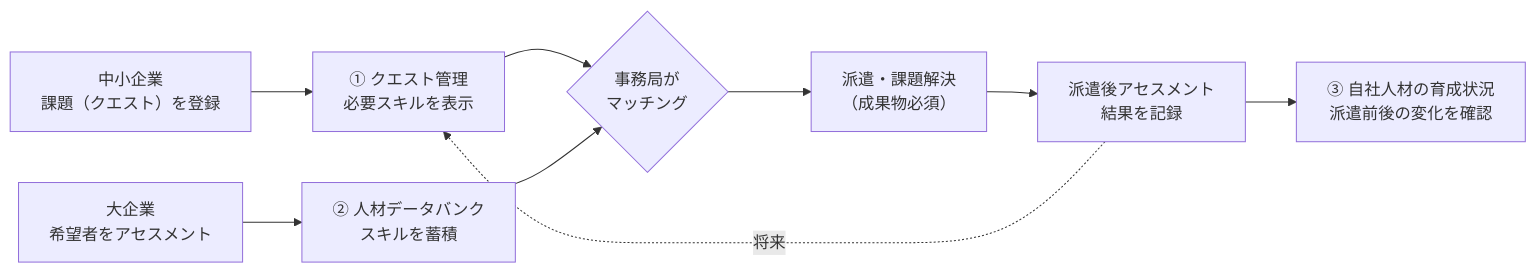
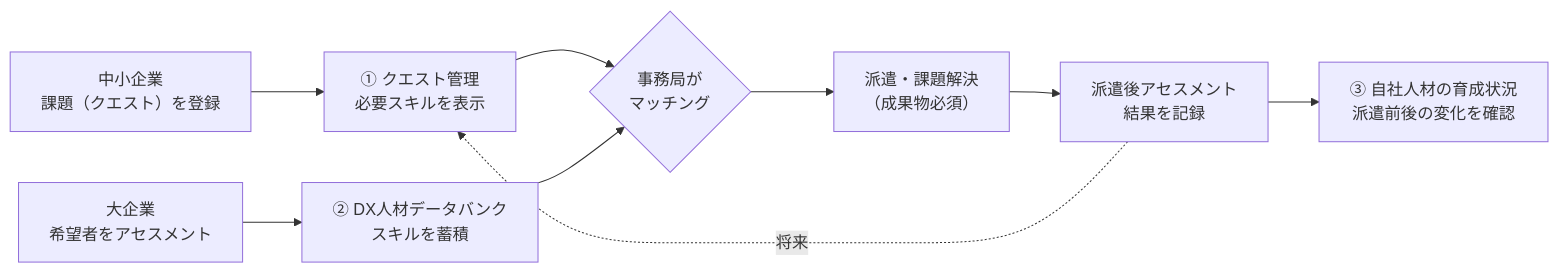
The first of 2 diagrams in 実践DXクエスト_システム説明書.md (Yasshy-WOW/KEISANSHO-TECH0), drawn with Mermaid before and after one commit. The commit also changed other lines of this file and 12 other files, not shown here.

Commit message:
「人材データバンク」の表記を「DX人材データバンク」に統一する

````diff
--- a/実践DXクエスト_システム説明書.md
+++ b/実践DXクエスト_システム説明書.md
@@ -892,11 +906,11 @@
 ```mermaid
 flowchart LR
   SME["中小企業<br/>課題（クエスト）を登録"] --> Q["① クエスト管理<br/>必要スキルを表示"]
-  ENT["大企業<br/>希望者をアセスメント"] --> TB["② 人材データバンク<br/>スキルを蓄積"]
+  ENT["大企業<br/>希望者をアセスメント"] --> TB["② DX人材データバンク<br/>スキルを蓄積"]
   Q --> M{"事務局が<br/>マッチング"}
   TB --> M
   M --> D["派遣・課題解決<br/>（成果物必須）"]
   D --> R["派遣後アセスメント<br/>結果を記録"]
   R --> HR["③ 自社人材の育成状況<br/>派遣前後の変化を確認"]
   R -. 将来 .-> Q
 ```
````
